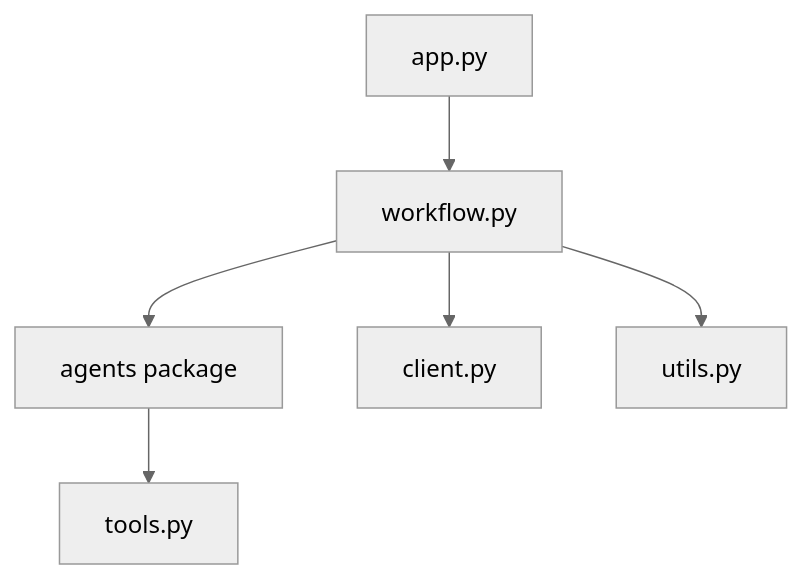
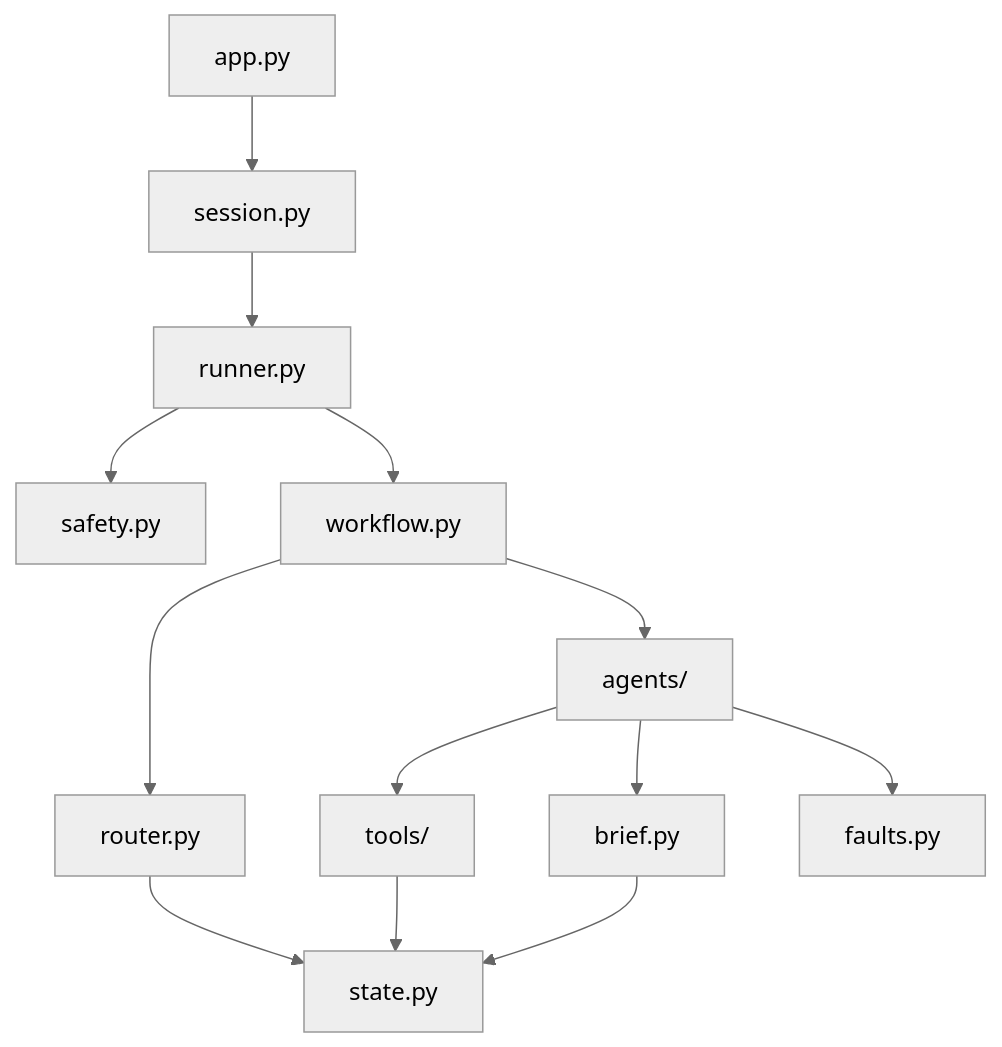
The fifth of 5 diagrams in agents/travel-agent/docs/architecture.md (rhesis-ai/rhesis), drawn with Mermaid (neutral theme) before and after one commit. The commit also changed other lines of this file and 1 other file, not shown here.

````diff
--- a/agents/travel-agent/docs/architecture.md
+++ b/agents/travel-agent/docs/architecture.md
@@ -35,15 +140,15 @@
 ```mermaid
 flowchart TB
-    App[app.py]
-    Workflow[workflow.py]
-    Agents[agents package]
-    Client[client.py]
-    Tools[tools.py]
-    Utils[utils.py]
-
-    App --> Workflow
-    Workflow --> Agents
-    Workflow --> Client
-    Workflow --> Utils
-    Agents --> Tools
+    App[app.py] --> Session[session.py]
+    Session --> Runner[runner.py]
+    Runner --> Safety[safety.py]
+    Runner --> Workflow[workflow.py]
+    Workflow --> Router[router.py]
+    Workflow --> Agents[agents/]
+    Router --> State[state.py]
+    Agents --> Brief[brief.py]
+    Agents --> Tools[tools/]
+    Agents --> Faults[faults.py]
+    Tools --> State
+    Brief --> State
 ```
````
